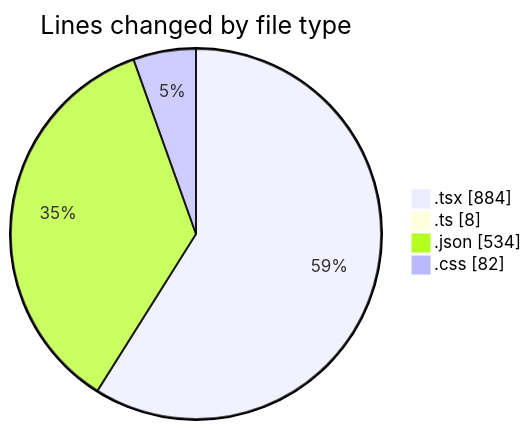
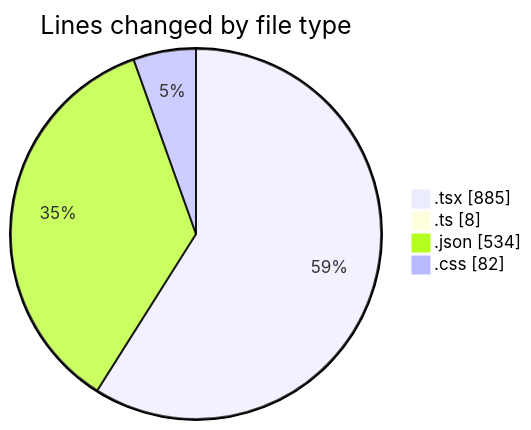
One commit to EIIisD/code-tracking changed the first of 2 diagrams in 2025-08-02/tw-server/README.md. Above: the diagram before and after it, drawn with Mermaid. The commit also changed other lines of this file and 1 other file, not shown here.

````diff
--- a/2025-08-02/tw-server/README.md
+++ b/2025-08-02/tw-server/README.md
@@ -25,8 +25,8 @@
 ```mermaid
 pie showData
 title Lines changed by file type
-".tsx" : 884
+".tsx" : 885
 ".ts" : 8
 ".json" : 534
 ".css" : 82
 ```
````
